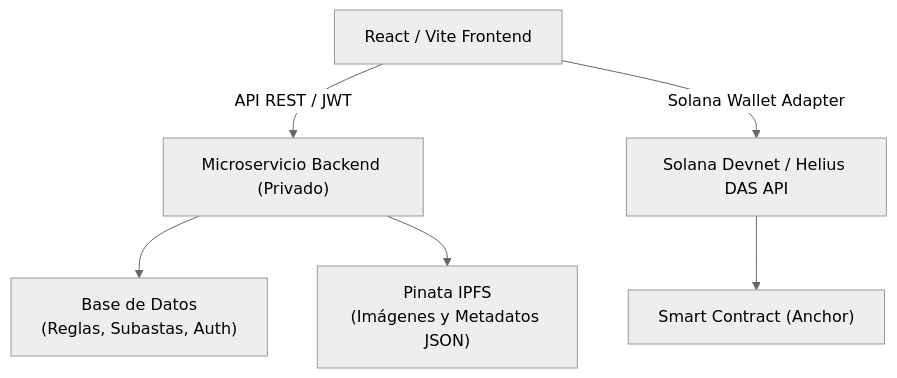
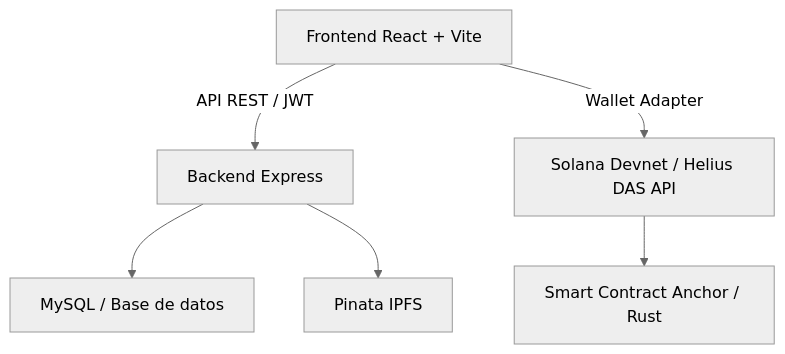
One commit to aldairugalde754-dotcom/SOLANA-Diamonds changed the diagram in README.md. Above: the diagram before and after it, drawn with Mermaid (neutral theme). The commit also changed other lines of this file and 2 other files, not shown here.

````diff
--- a/README.md
+++ b/README.md
@@ -23,8 +42,8 @@
 ```mermaid
 flowchart TD
-    A[" React / Vite Frontend"] -->|API REST / JWT| B["Microservicio Backend (Privado)"]
-    B --> C[" Base de Datos <br/>(Reglas, Subastas, Auth)"]
-    B --> D[" Pinata IPFS<br/>(Imágenes y Metadatos JSON)"]
-    A -->|Solana Wallet Adapter| E[" Solana Devnet / Helius DAS API"]
-    E --> F[" Smart Contract (Anchor)"]
+    A["Frontend React + Vite"] -->|API REST / JWT| B["Backend Express"]
+    B --> C["MySQL / Base de datos"]
+    B --> D["Pinata IPFS"]
+    A -->|Wallet Adapter| E["Solana Devnet / Helius DAS API"]
+    E --> F["Smart Contract Anchor / Rust"]
 ```
````
